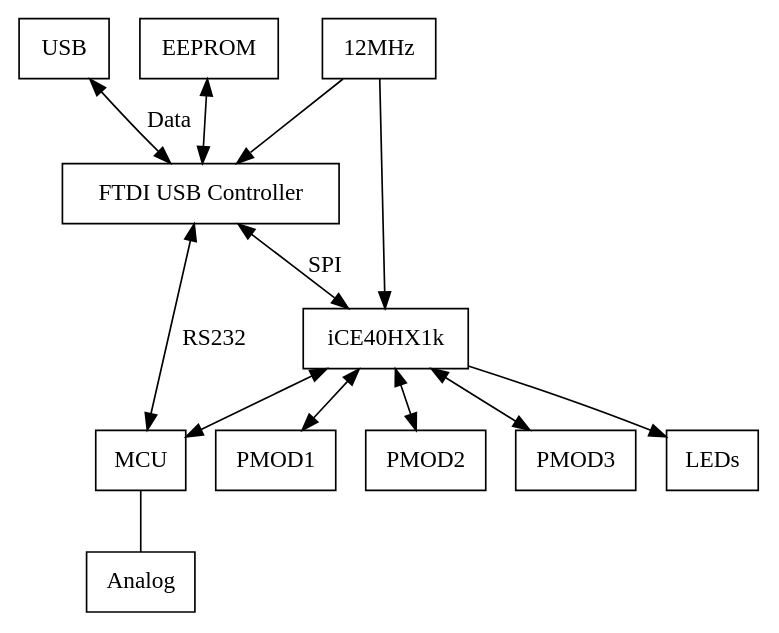
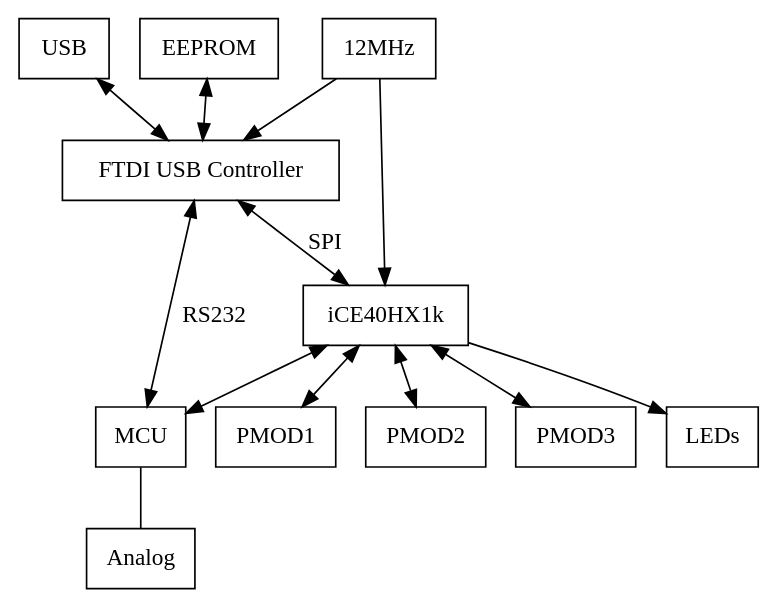
One commit to boxyoman/tinz changed the diagram in tinz-block-design.dot. Above: the diagram before and after it, drawn with Graphviz. The commit also changed 1 other file, not shown here.

Commit message:
Removed "data" node name

```diff
--- a/tinz-block-design.dot
+++ b/tinz-block-design.dot
@@ -1,38 +1,37 @@
 /* Block design of the TINZ Eval Board. */
 /* To view it, install Graphviz and run the command:
    dot -T png -O tinz-block-design.dot */
 
 strict digraph G {
-	size="20,10"
 	USB [shape=box]
 	// Regulator [shape=box,label="Voltage Regulator"]
 	USB_Controller [shape=box,label="FTDI USB Controller"]
 	EEPROM [shape=box]
 	Oscillator [shape=box, label="12MHz"]
 	iCE  [shape=box, size="5,6",label="iCE40HX1k"]
 	MCU [shape=box]
 	PMOD1 [shape=box]
 	PMOD2 [shape=box]
 	PMOD3 [shape=box]
 	LEDs [shape=box]
 	Analog [shape=box]
 	// USB -> Regulator [label="5V", arrowhead=none]
-	USB -> USB_Controller [label="Data", dir=both]
+	USB -> USB_Controller [dir=both]
 	// Regulator -> EEPROM [label="3.3V", arrowhead=none]
 	// Regulator -> USB_Controller [label="3.3V", arrowhead=none]
 	// Regulator -> Oscillator [label="3.3V", arrowhead=none]
 	// Regulator -> iCE [label="3.3V", arrowhead=none]
 	// Regulator -> iCE [label="1.2V", arrowhead=none]
 	// Regulator -> MCU [label="3.3V", arrowhead=none]
 	EEPROM -> USB_Controller [dir=both]
 	Oscillator -> USB_Controller
 	Oscillator -> iCE
 	USB_Controller -> iCE [label="SPI",dir=both]
 	USB_Controller -> MCU [label="RS232",dir=both]
 	iCE -> MCU [dir=both]
 	iCE -> PMOD1 [dir=both]
 	iCE -> PMOD2 [dir=both]
 	iCE -> PMOD3 [dir=both]
 	iCE -> LEDs
 	MCU -> Analog [arrowhead=none]
 }
```
